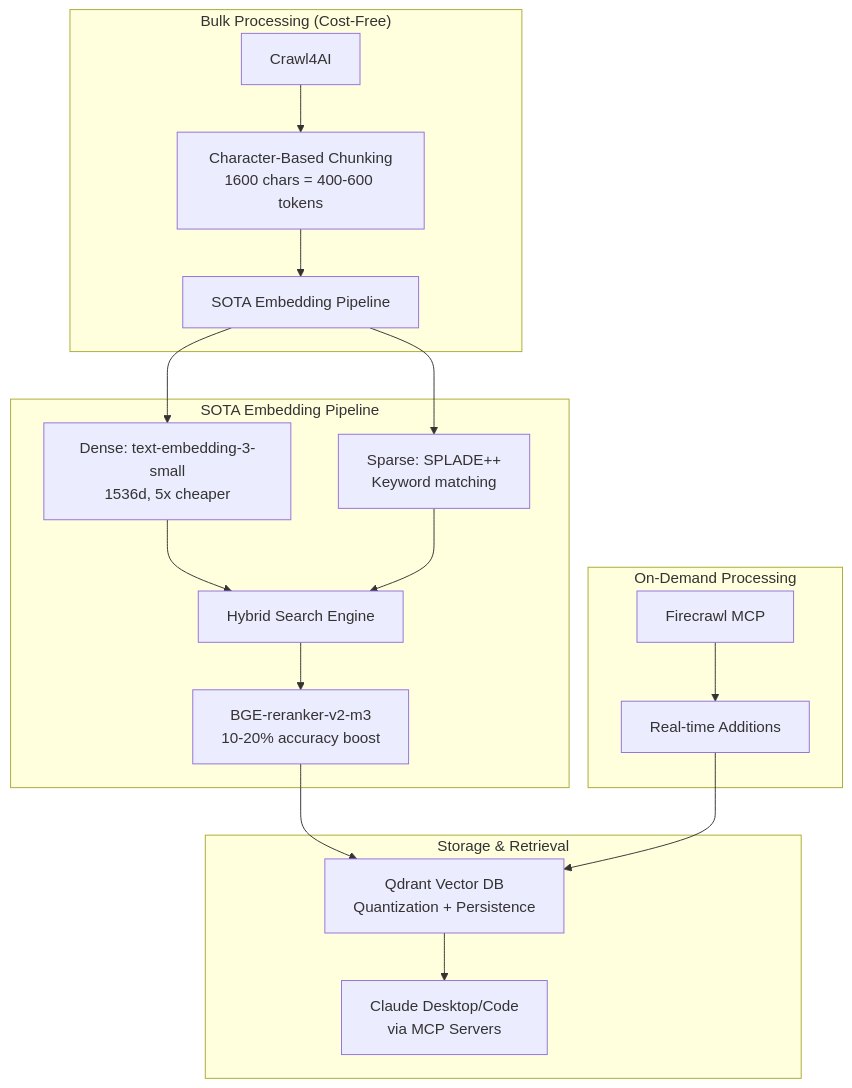
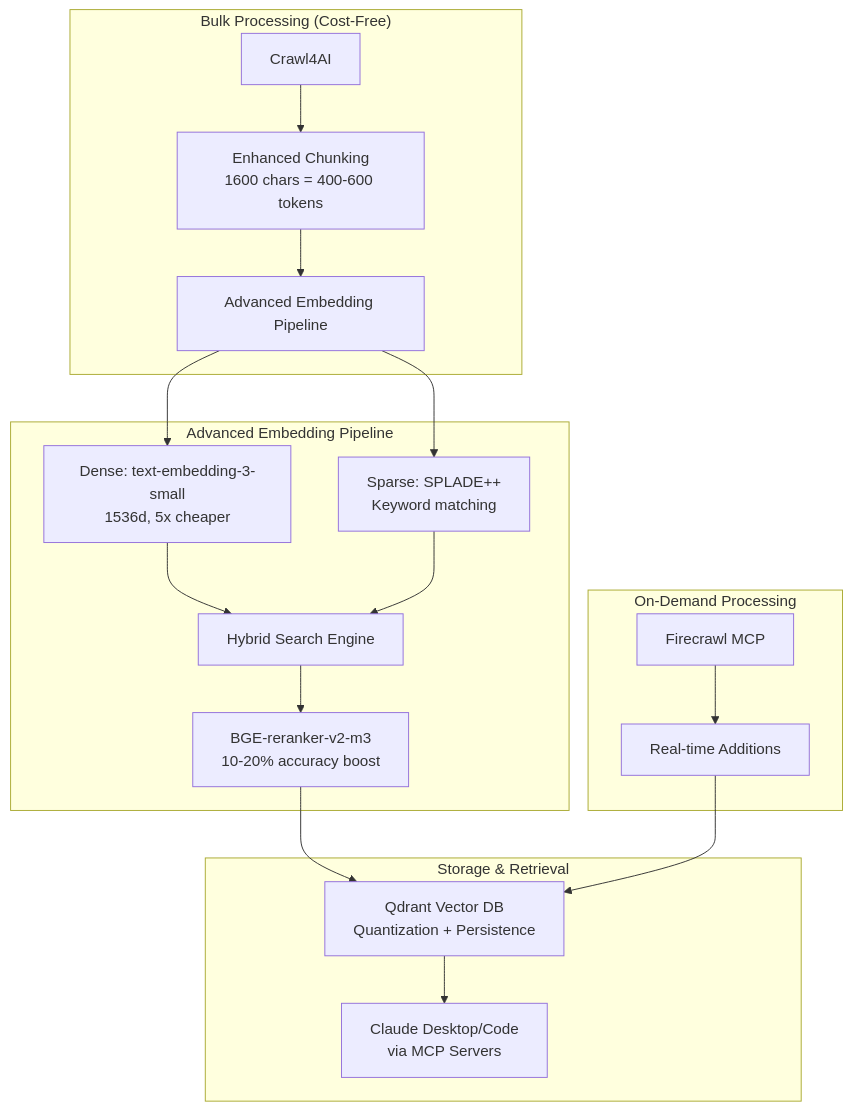
Before and after one commit to BjornMelin/ai-docs-vector-db-hybrid-scraper: the diagram in README.md, drawn with Mermaid. The commit also changed other lines of this file, not shown here.

````diff
--- a/README.md
+++ b/README.md
@@ -134,25 +134,25 @@
 ```mermaid
 flowchart TB
     subgraph "Bulk Processing (Cost-Free)"
-        A[Crawl4AI] --> B[Character-Based Chunking<br/>1600 chars = 400-600 tokens]
-        B --> C[SOTA Embedding Pipeline]
+        A[Crawl4AI] --> B[Enhanced Chunking<br/>1600 chars = 400-600 tokens]
+        B --> C[Advanced Embedding Pipeline]
     end
 
-    subgraph "SOTA Embedding Pipeline"
+    subgraph "Advanced Embedding Pipeline"
         C --> D[Dense: text-embedding-3-small<br/>1536d, 5x cheaper]
         C --> E[Sparse: SPLADE++<br/>Keyword matching]
         D --> F[Hybrid Search Engine]
         E --> F
         F --> G[BGE-reranker-v2-m3<br/>10-20% accuracy boost]
     end
 
     subgraph "Storage & Retrieval"
         G --> H[Qdrant Vector DB<br/>Quantization + Persistence]
         H --> I[Claude Desktop/Code<br/>via MCP Servers]
     end
 
     subgraph "On-Demand Processing"
         J[Firecrawl MCP] --> K[Real-time Additions]
         K --> H
     end
 ```
````
